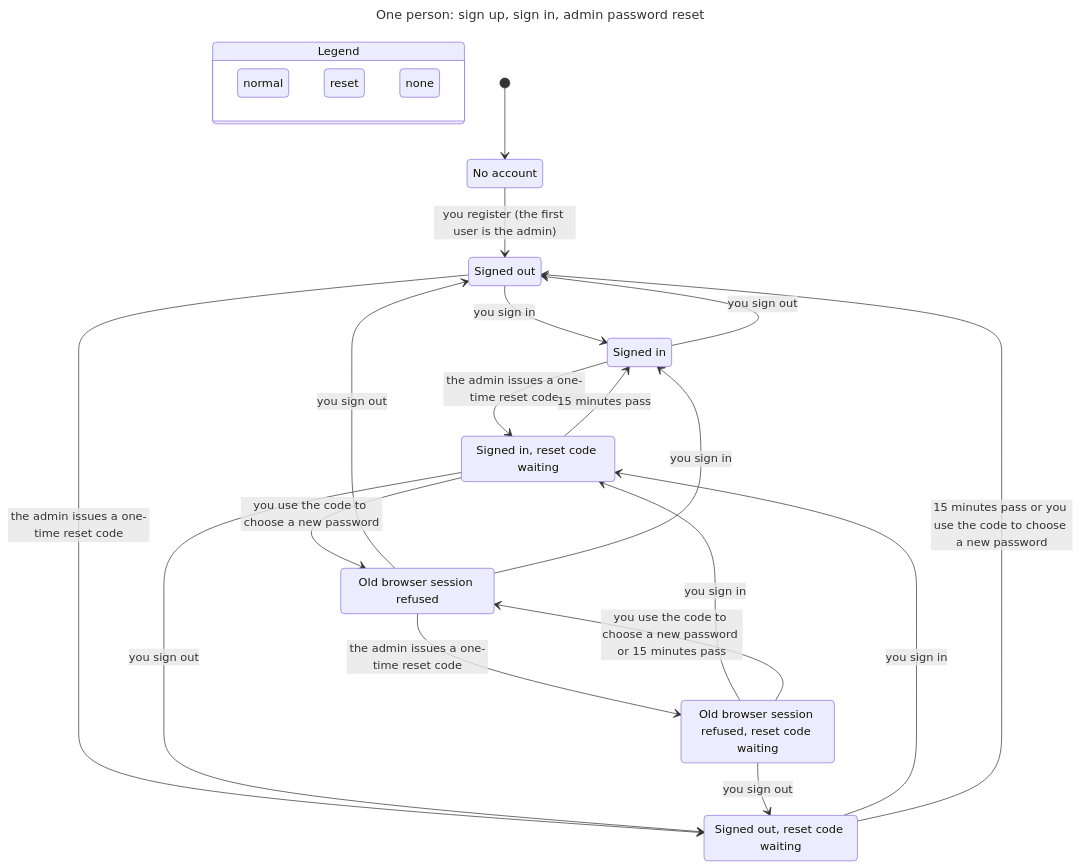
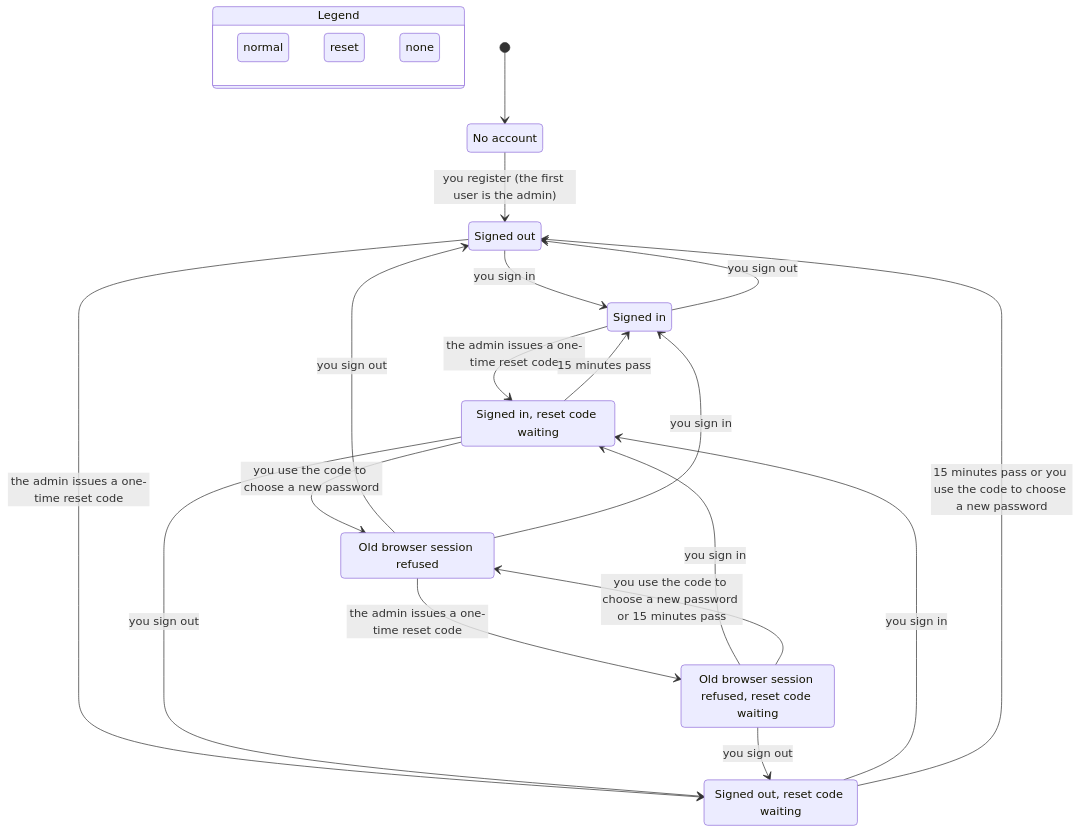
One commit to wehyn/tally changed the diagram in docs/state-machines/charts/identity-access-1.mmd. Above: the diagram before and after it, drawn with Mermaid. The commit also changed 12 other files, not shown here.

Commit message:
docs(state-machines): re-render charts after fixes, refresh index, clear lint in view helpers

```diff
--- a/docs/state-machines/charts/identity-access-1.mmd
+++ b/docs/state-machines/charts/identity-access-1.mmd
@@ -1,43 +1,40 @@
----
-title: "One person: sign up, sign in, admin password reset"
----
 stateDiagram-v2
   state "Legend" as legend {
     lg0: normal
     lg1: reset
     lg2: none
   }
   class lg0 teal
   class lg1 orange
   class lg2 tan
   s0: No account
   s1: Signed out
   s2: Signed in
   s3: Signed out, reset code waiting
   s4: Signed in, reset code waiting
   s5: Old browser session refused
   s6: Old browser session refused, reset code waiting
   [*] --> s0
   s0 --> s1: you register (the first user is the admin)
   s1 --> s2: you sign in
   s1 --> s3: the admin issues a one-time reset code
   s2 --> s1: you sign out
   s2 --> s4: the admin issues a one-time reset code
   s3 --> s4: you sign in
   s3 --> s1: 15 minutes pass or you use the code to choose a new password
   s4 --> s3: you sign out
   s4 --> s2: 15 minutes pass
   s4 --> s5: you use the code to choose a new password
   s5 --> s1: you sign out
   s5 --> s2: you sign in
   s5 --> s6: the admin issues a one-time reset code
   s6 --> s3: you sign out
   s6 --> s4: you sign in
   s6 --> s5: you use the code to choose a new password or 15 minutes pass
   class s0 tan
   class s1 teal
   class s2 teal
   class s3 orange
   class s4 orange
   class s5 teal
   class s6 orange
```
